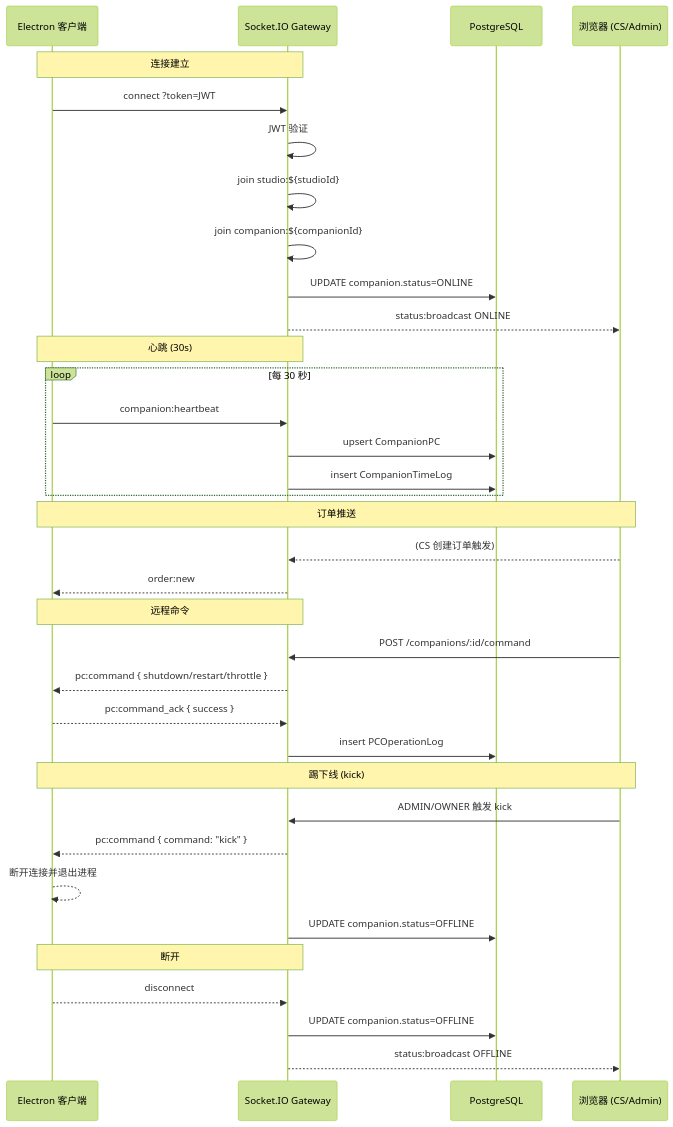
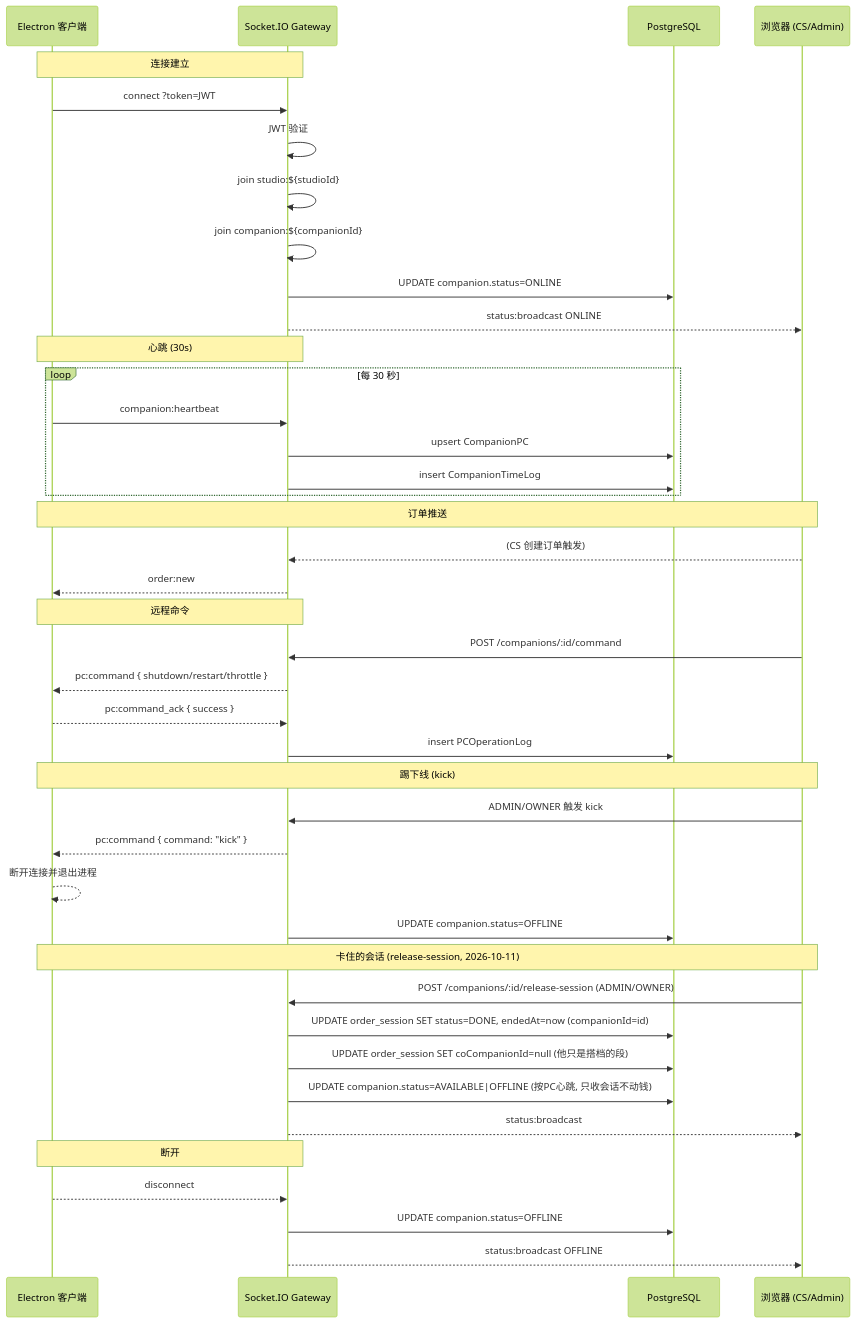
One commit to opsvr-ai/game-workspace changed the eighth of 12 diagrams in docs/ARCHITECTURE.md. Above: the diagram before and after it, drawn with Mermaid (forest theme). The commit also changed 13 other files, not shown here.

````diff
--- a/docs/ARCHITECTURE.md
+++ b/docs/ARCHITECTURE.md
@@ -744,43 +744,50 @@
 ```mermaid
 sequenceDiagram
     participant AGENT as Electron 客户端
     participant GW as Socket.IO Gateway
     participant DB as PostgreSQL
     participant BROWSER as 浏览器 (CS/Admin)
 
     Note over AGENT,GW: 连接建立
     AGENT->>GW: connect ?token=JWT
     GW->>GW: JWT 验证
     GW->>GW: join studio:${studioId}
     GW->>GW: join companion:${companionId}
     GW->>DB: UPDATE companion.status=ONLINE
     GW-->>BROWSER: status:broadcast ONLINE
 
     Note over AGENT,GW: 心跳 (30s)
     loop 每 30 秒
         AGENT->>GW: companion:heartbeat
         GW->>DB: upsert CompanionPC
         GW->>DB: insert CompanionTimeLog
     end
 
     Note over AGENT,BROWSER: 订单推送
     BROWSER-->>GW: (CS 创建订单触发)
     GW-->>AGENT: order:new
 
     Note over AGENT,GW: 远程命令
     BROWSER->>GW: POST /companions/:id/command
     GW-->>AGENT: pc:command { shutdown/restart/throttle }
     AGENT-->>GW: pc:command_ack { success }
     GW->>DB: insert PCOperationLog
 
     Note over AGENT,BROWSER: 踢下线 (kick)
     BROWSER->>GW: ADMIN/OWNER 触发 kick
     GW-->>AGENT: pc:command { command: "kick" }
     AGENT-->>AGENT: 断开连接并退出进程
     GW->>DB: UPDATE companion.status=OFFLINE
 
+    Note over AGENT,BROWSER: 卡住的会话 (release-session, 2026-10-11)
+    BROWSER->>GW: POST /companions/:id/release-session (ADMIN/OWNER)
+    GW->>DB: UPDATE order_session SET status=DONE, endedAt=now (companionId=id)
+    GW->>DB: UPDATE order_session SET coCompanionId=null (他只是搭档的段)
+    GW->>DB: UPDATE companion.status=AVAILABLE|OFFLINE (按PC心跳, 只收会话不动钱)
+    GW-->>BROWSER: status:broadcast
+
     Note over AGENT,GW: 断开
     AGENT-->>GW: disconnect
     GW->>DB: UPDATE companion.status=OFFLINE
     GW-->>BROWSER: status:broadcast OFFLINE
 ```
````
